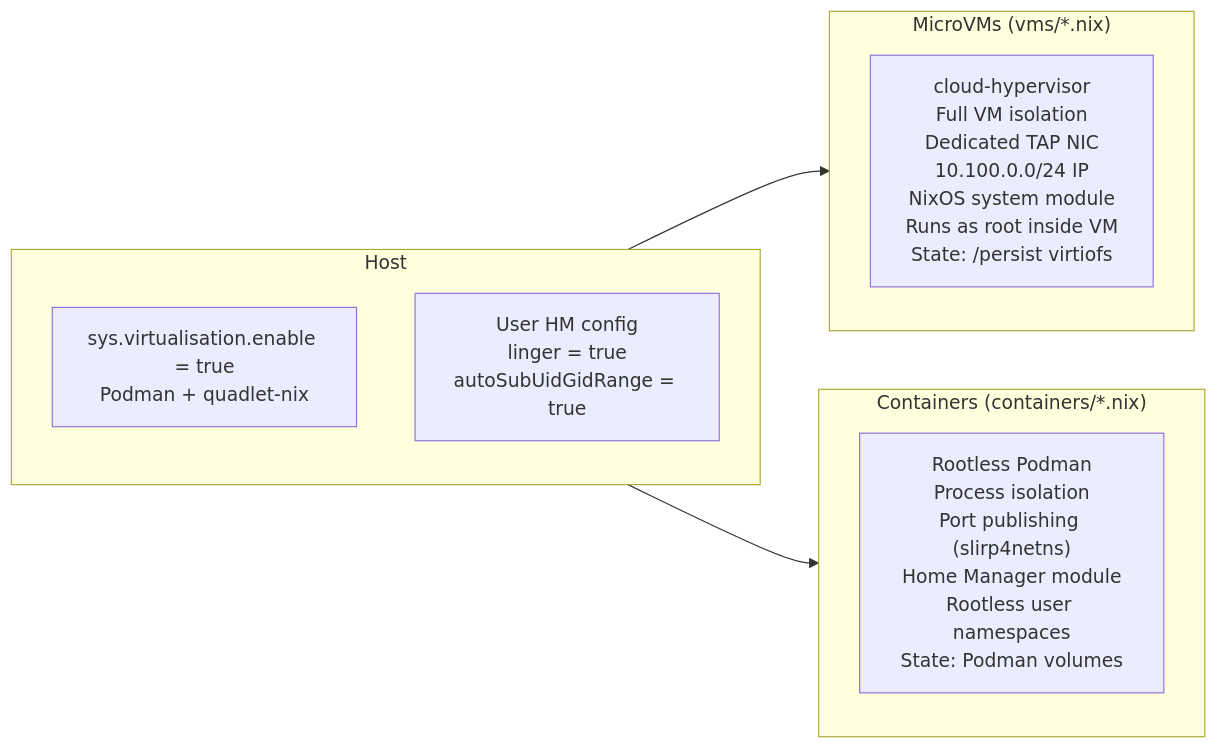
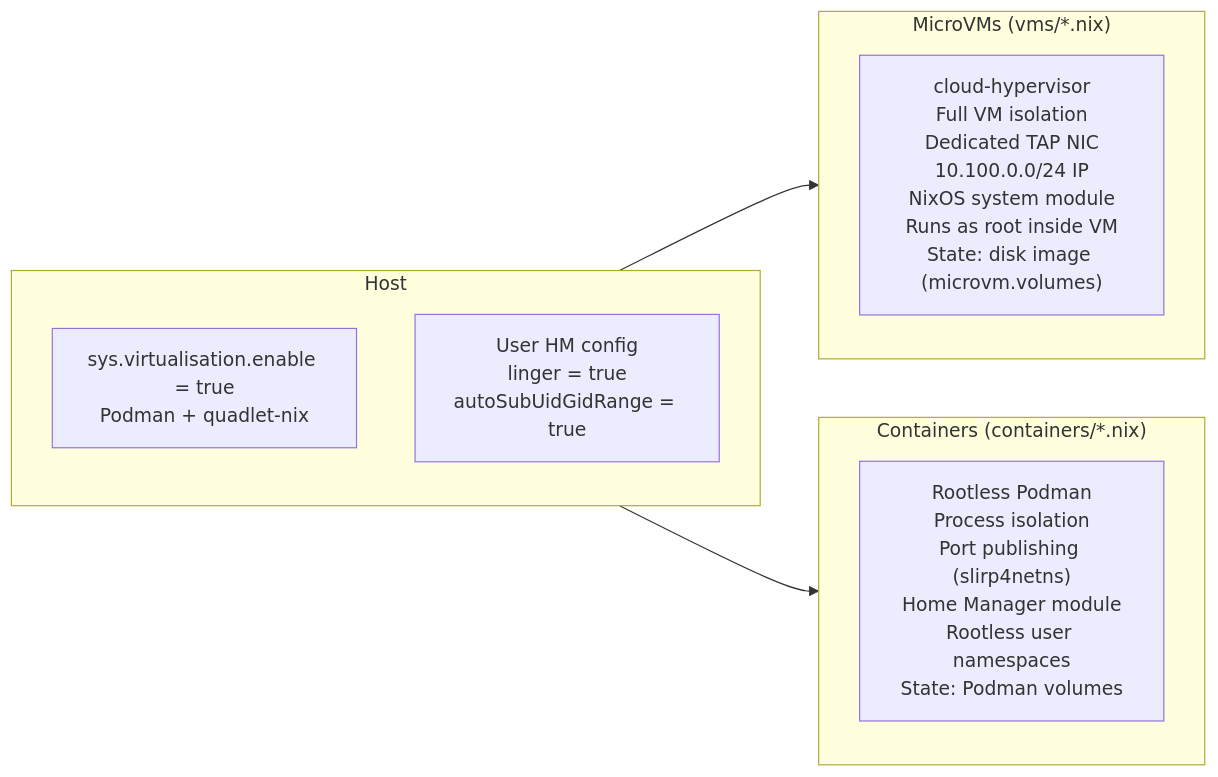
Before and after one commit to telometto/nix-config: the diagram in containers/README.md, drawn with Mermaid. The commit also changed other lines of this file and 4 other files, not shown here.

Commit message:
📝 docs: update architecture documentation

````diff
--- a/containers/README.md
+++ b/containers/README.md
@@ -15,21 +15,21 @@
 ```mermaid
 flowchart LR
     subgraph MicroVMs["MicroVMs (vms/*.nix)"]
         direction TB
-        vm1["cloud-hypervisor\nFull VM isolation\nDedicated TAP NIC\n10.100.0.0/24 IP\nNixOS system module\nRuns as root inside VM\nState: /persist virtiofs"]
+        vm1["cloud-hypervisor\nFull VM isolation\nDedicated TAP NIC\n10.100.0.0/24 IP\nNixOS system module\nRuns as root inside VM\nState: disk image (microvm.volumes)"]
     end
 
     subgraph Containers["Containers (containers/*.nix)"]
         direction TB
         ct1["Rootless Podman\nProcess isolation\nPort publishing (slirp4netns)\nHome Manager module\nRootless user namespaces\nState: Podman volumes"]
     end
 
     subgraph Host
         direction TB
         sys["sys.virtualisation.enable = true\nPodman + quadlet-nix"]
         hm["User HM config\nlinger = true\nautoSubUidGidRange = true"]
     end
 
     Host --> MicroVMs
     Host --> Containers
 ```
````
